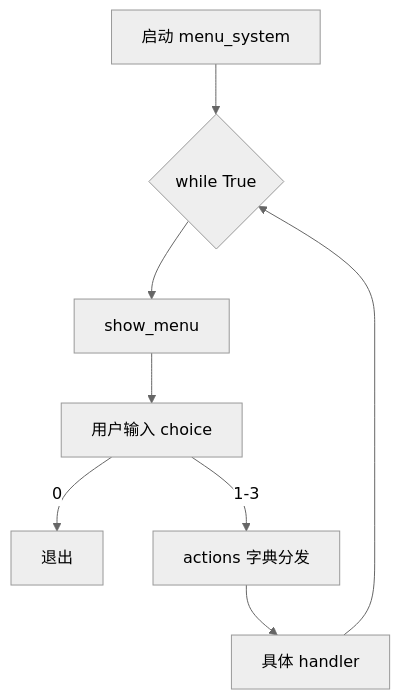
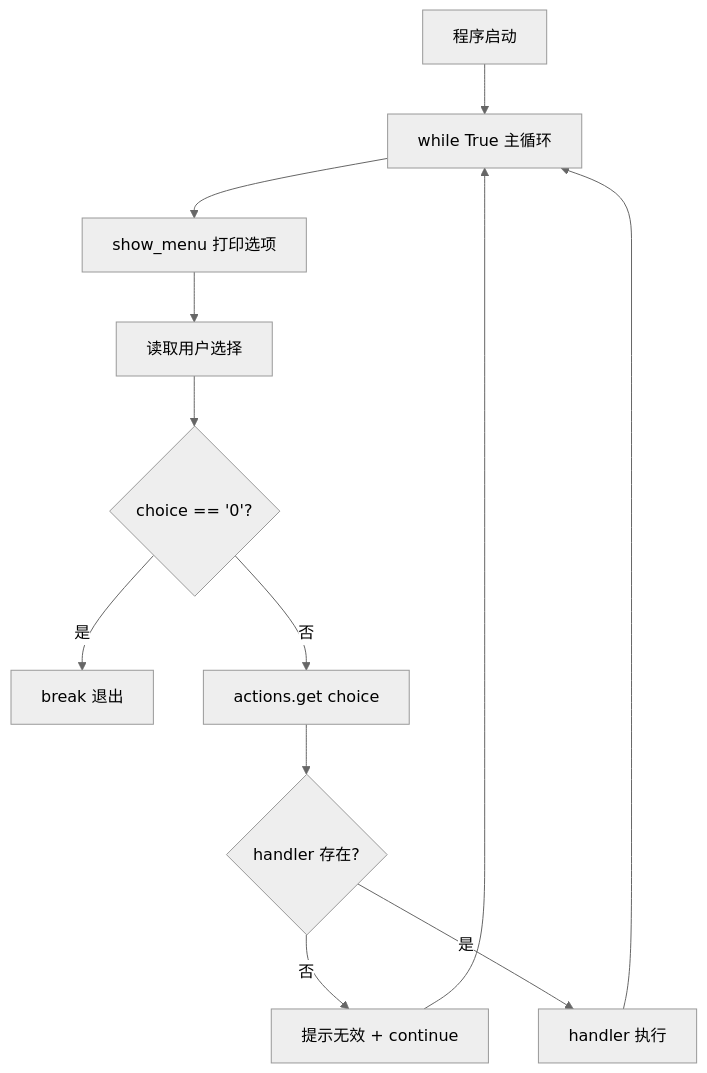
The first of 4 diagrams in nexus-agent-bootcamp/courseware/day-03/README.md (ab6539763/70_days_course_compost4x_ultra), drawn with Mermaid (neutral theme) before and after one commit. The commit also changed other lines of this file and 9 other files, not shown here.

````diff
--- a/nexus-agent-bootcamp/courseware/day-03/README.md
+++ b/nexus-agent-bootcamp/courseware/day-03/README.md
@@ -123,10 +74,14 @@
 ```mermaid
 flowchart TD
-    START[启动 menu_system] --> LOOP{while True}
-    LOOP --> SHOW[show_menu]
-    SHOW --> INPUT[用户输入 choice]
-    INPUT -->|0| EXIT[退出]
-    INPUT -->|1-3| DICT[actions 字典分发]
-    DICT --> HANDLER[具体 handler]
-    HANDLER --> LOOP
+    START[程序启动] --> LOOP[while True 主循环]
+    LOOP --> SHOW[show_menu 打印选项]
+    SHOW --> INPUT[读取用户选择]
+    INPUT --> Q{choice == '0'?}
+    Q -->|是| EXIT[break 退出]
+    Q -->|否| LOOKUP[actions.get choice]
+    LOOKUP --> VALID{handler 存在?}
+    VALID -->|否| ERR[提示无效 + continue]
+    ERR --> LOOP
+    VALID -->|是| EXEC[handler 执行]
+    EXEC --> LOOP
 ```
````
